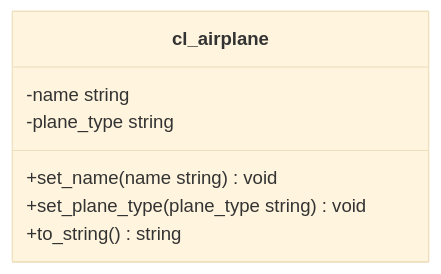
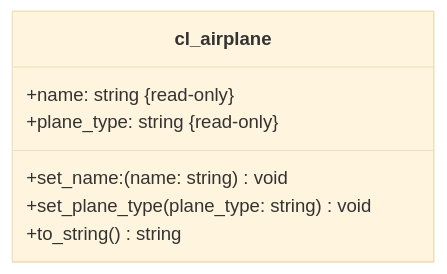
The diagram in docs/exercises/abap-objects/abap-objects-01.md (appenmaier/s4hana), drawn with Mermaid (base theme) before and after one commit. The commit also changed other lines of this file and 7 other files, not shown here.

Commit message:
update class-diagrams

````diff
--- a/docs/exercises/abap-objects/abap-objects-01.md
+++ b/docs/exercises/abap-objects/abap-objects-01.md
@@ -10,10 +10,10 @@
 ```mermaid
 classDiagram
     class cl_airplane {
-      -name string
-      -plane_type string
-      +set_name(name string) void
-      +set_plane_type(plane_type string) void
+      +name: string &#123read-only&#125
+      +plane_type: string &#123read-only&#125
+      +set_name:(name: string) void
+      +set_plane_type(plane_type: string) void
       +to_string() string
     }
 ```
````
